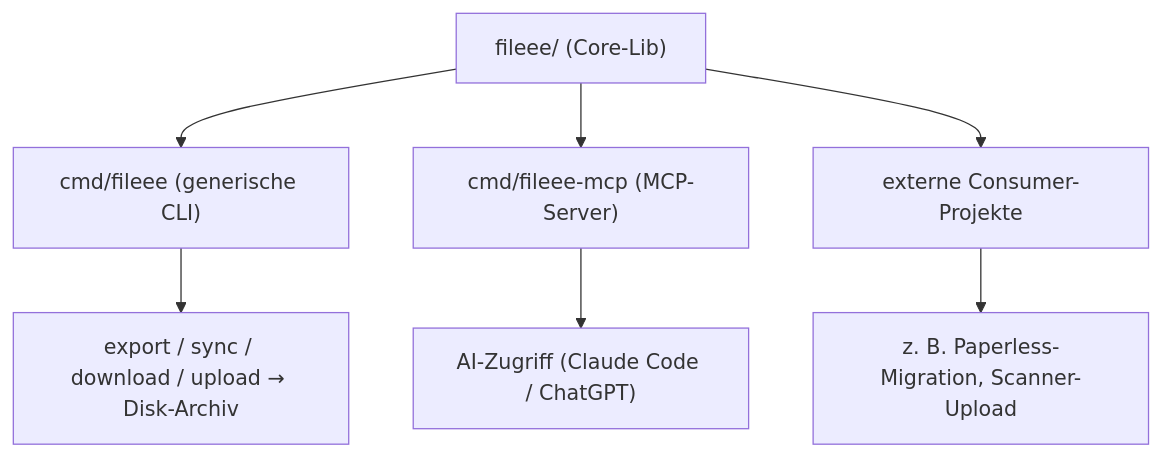
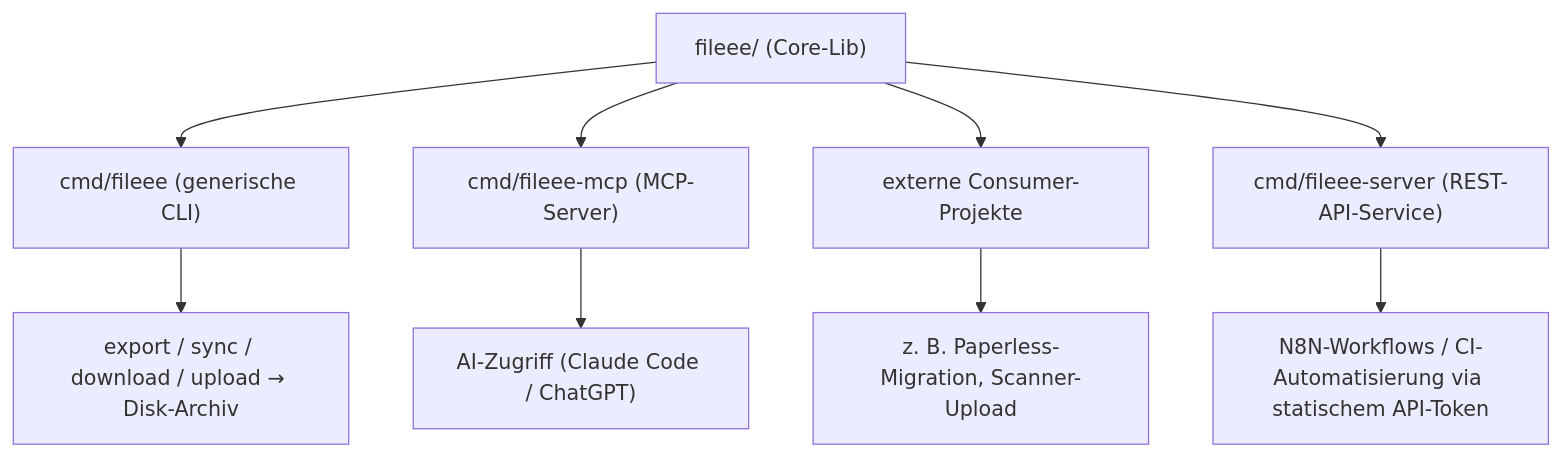
One commit to strausmann/go-fileee changed the diagram in README.md. Above: the diagram before and after it, drawn with Mermaid. The commit also changed other lines of this file and 2 other files, not shown here.

First line of the commit message:
docs: fileee-server README + API-Abgrenzung

````diff
--- a/README.md
+++ b/README.md
@@ -151,9 +151,11 @@
 ```mermaid
 graph TD
     A["fileee/ (Core-Lib)"] --> B["cmd/fileee (generische CLI)"]
     A --> C["cmd/fileee-mcp (MCP-Server)"]
     A --> D["externe Consumer-Projekte"]
+    A --> H["cmd/fileee-server (REST-API-Service)"]
     B --> E["export / sync / download / upload → Disk-Archiv"]
     C --> F["AI-Zugriff (Claude Code / ChatGPT)"]
     D --> G["z. B. Paperless-Migration, Scanner-Upload"]
+    H --> I["N8N-Workflows / CI-Automatisierung via statischem API-Token"]
 ```
````
